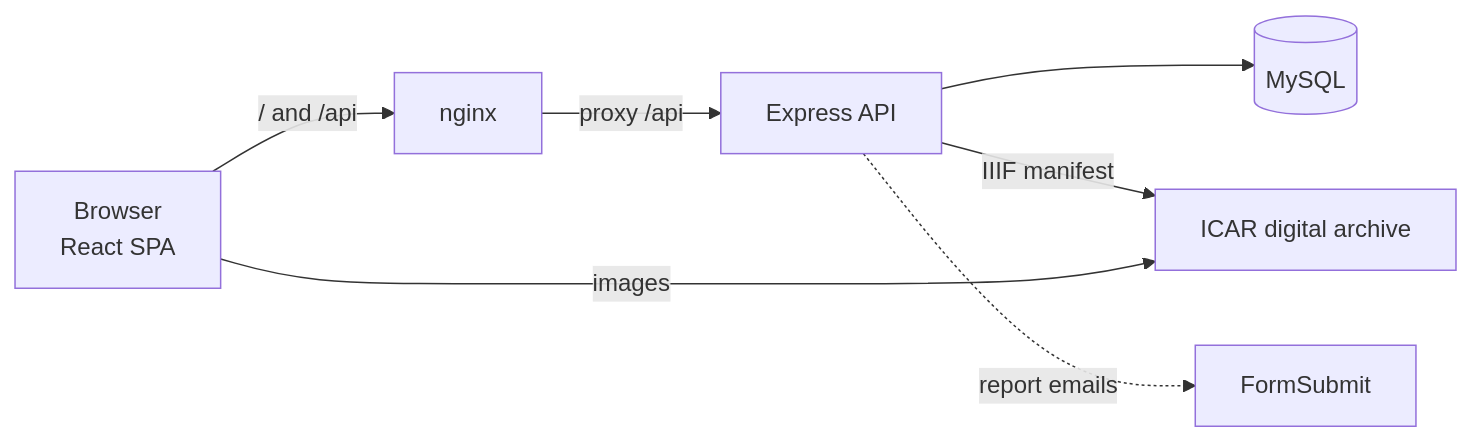
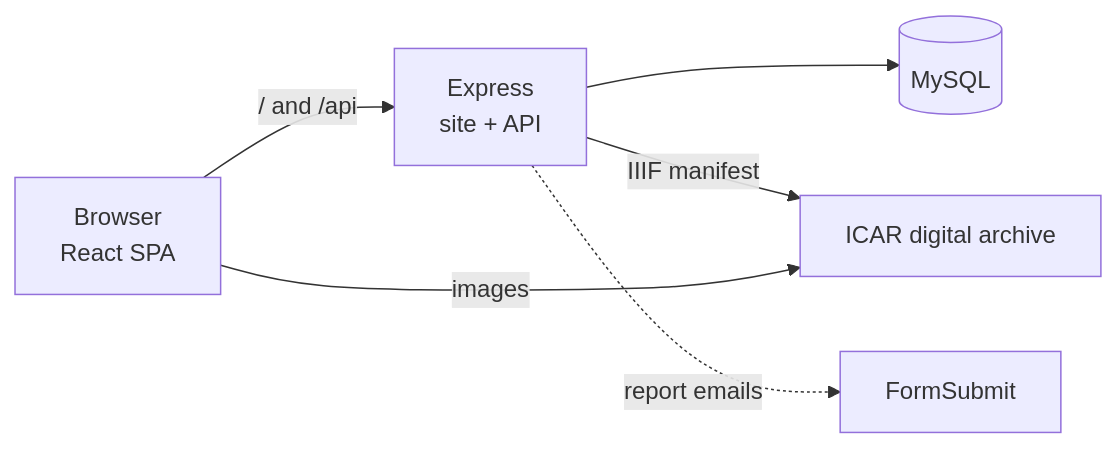
The diagram in README.en.md (AntonioOrf/Catasto), drawn with Mermaid before and after one commit. The commit also changed 23 other files, not shown here.

First line of the commit message:
Docker: un'unica immagine per sito e API, senza nginx

````diff
--- a/README.en.md
+++ b/README.en.md
@@ -78,9 +78,8 @@
 ```mermaid
 flowchart LR
-    B[Browser<br/>React SPA] -->|/ and /api| N[nginx]
-    N -->|proxy /api| A[Express API]
+    B[Browser<br/>React SPA] -->|/ and /api| A[Express<br/>site + API]
     A --> D[(MySQL)]
     A -->|IIIF manifest| I[ICAR digital archive]
     B -->|images| I
     A -.->|report emails| F[FormSubmit]
 ```
````
